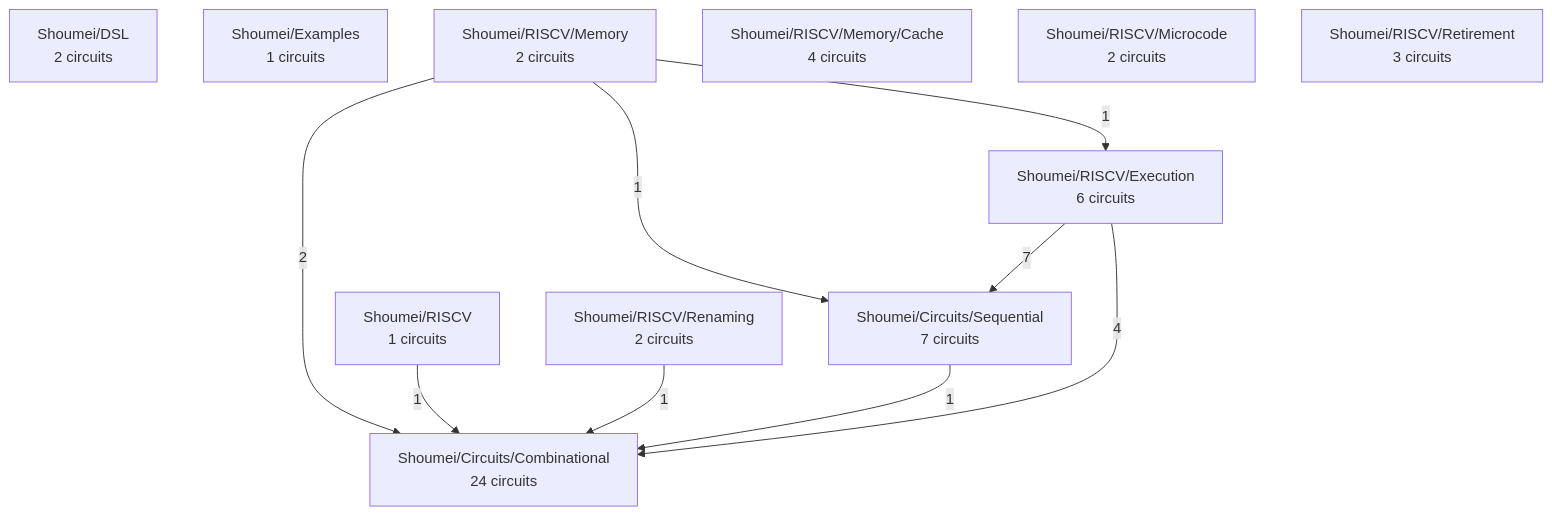
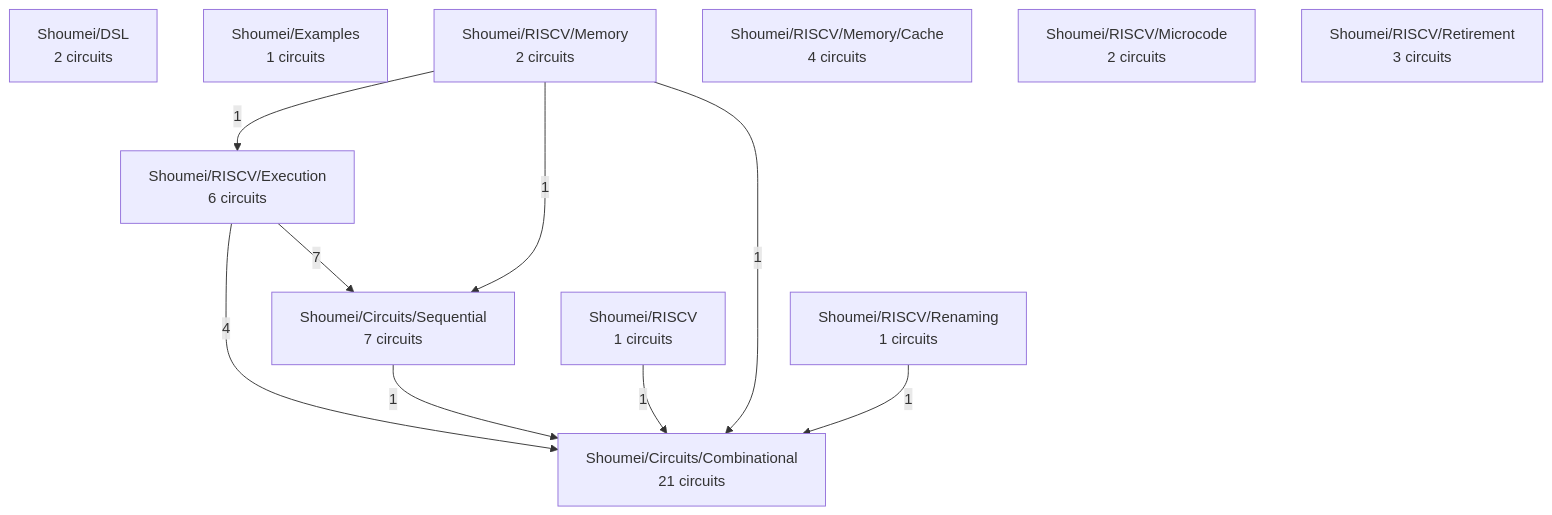
One commit to atvrager/Shoumei-RTL changed the diagram in docs/project-map.md. Above: the diagram before and after it, drawn with Mermaid. The commit also changed other lines of this file and 16 other files, not shown here.

````diff
--- a/docs/project-map.md
+++ b/docs/project-map.md
@@ -25,22 +25,22 @@
 ```mermaid
 graph TD
-  Shoumei_Circuits_Combinational["Shoumei/Circuits/Combinational<br/>24 circuits"]
+  Shoumei_Circuits_Combinational["Shoumei/Circuits/Combinational<br/>21 circuits"]
   Shoumei_Circuits_Sequential["Shoumei/Circuits/Sequential<br/>7 circuits"]
   Shoumei_DSL["Shoumei/DSL<br/>2 circuits"]
   Shoumei_Examples["Shoumei/Examples<br/>1 circuits"]
   Shoumei_RISCV["Shoumei/RISCV<br/>1 circuits"]
   Shoumei_RISCV_Execution["Shoumei/RISCV/Execution<br/>6 circuits"]
   Shoumei_RISCV_Memory["Shoumei/RISCV/Memory<br/>2 circuits"]
   Shoumei_RISCV_Memory_Cache["Shoumei/RISCV/Memory/Cache<br/>4 circuits"]
   Shoumei_RISCV_Microcode["Shoumei/RISCV/Microcode<br/>2 circuits"]
-  Shoumei_RISCV_Renaming["Shoumei/RISCV/Renaming<br/>2 circuits"]
+  Shoumei_RISCV_Renaming["Shoumei/RISCV/Renaming<br/>1 circuits"]
   Shoumei_RISCV_Retirement["Shoumei/RISCV/Retirement<br/>3 circuits"]
   Shoumei_RISCV_Execution -->|7| Shoumei_Circuits_Sequential
   Shoumei_RISCV_Execution -->|4| Shoumei_Circuits_Combinational
-  Shoumei_RISCV_Memory -->|2| Shoumei_Circuits_Combinational
   Shoumei_Circuits_Sequential -->|1| Shoumei_Circuits_Combinational
   Shoumei_RISCV -->|1| Shoumei_Circuits_Combinational
+  Shoumei_RISCV_Memory -->|1| Shoumei_Circuits_Combinational
   Shoumei_RISCV_Memory -->|1| Shoumei_Circuits_Sequential
   Shoumei_RISCV_Memory -->|1| Shoumei_RISCV_Execution
   Shoumei_RISCV_Renaming -->|1| Shoumei_Circuits_Combinational
 ```
````
